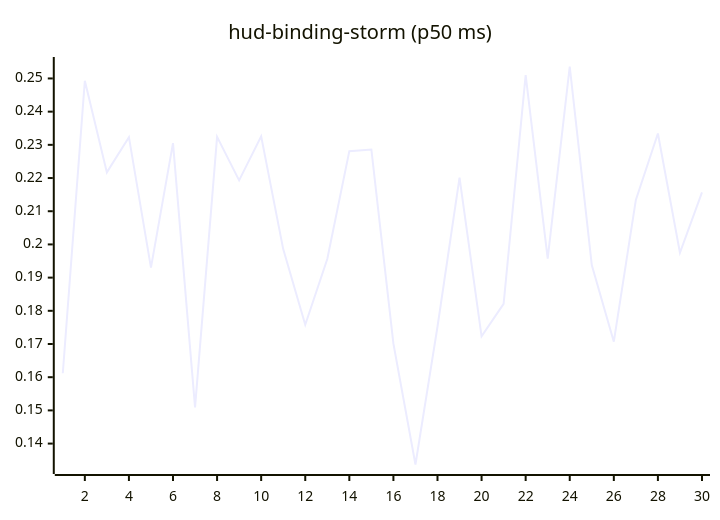
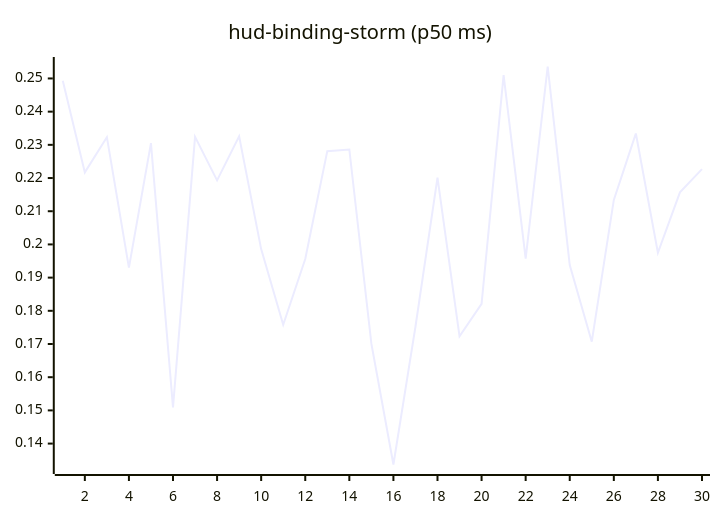
One commit to josha/Facet changed the tenth of 27 diagrams in README.md. Above: the diagram before and after it, drawn with Mermaid. The commit also changed other lines of this file and 2 other files, not shown here.

````diff
--- a/README.md
+++ b/README.md
@@ -126,6 +126,6 @@
 ```mermaid
 xychart-beta
     title "hud-binding-storm (p50 ms)"
     x-axis 1 --> 30
-    line [0.1612, 0.2493, 0.2217, 0.2323, 0.1930, 0.2305, 0.1509, 0.2324, 0.2193, 0.2326, 0.1986, 0.1758, 0.1956, 0.2281, 0.2286, 0.1701, 0.1337, 0.1752, 0.2201, 0.1723, 0.1821, 0.2510, 0.1957, 0.2536, 0.1938, 0.1707, 0.2134, 0.2334, 0.1975, 0.2157]
+    line [0.2493, 0.2217, 0.2323, 0.1930, 0.2305, 0.1509, 0.2324, 0.2193, 0.2326, 0.1986, 0.1758, 0.1956, 0.2281, 0.2286, 0.1701, 0.1337, 0.1752, 0.2201, 0.1723, 0.1821, 0.2510, 0.1957, 0.2536, 0.1938, 0.1707, 0.2134, 0.2334, 0.1975, 0.2157, 0.2227]
 ```
````
